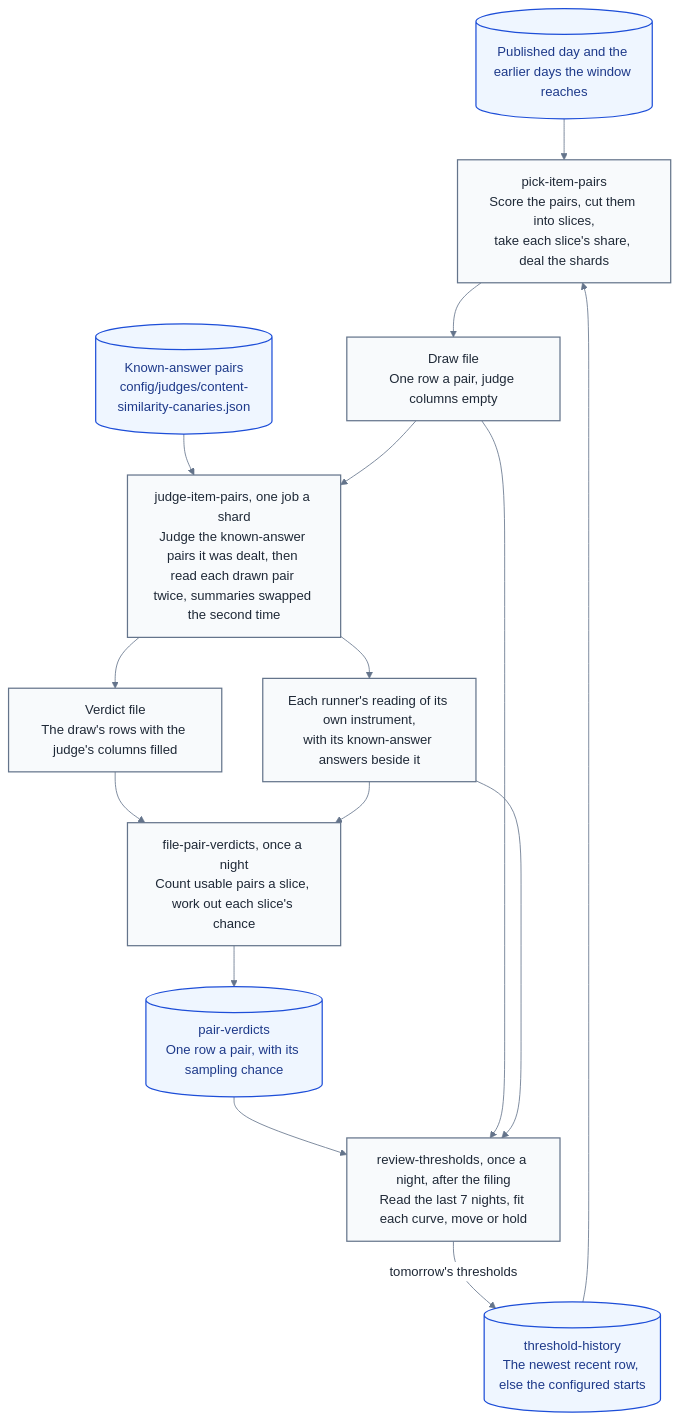
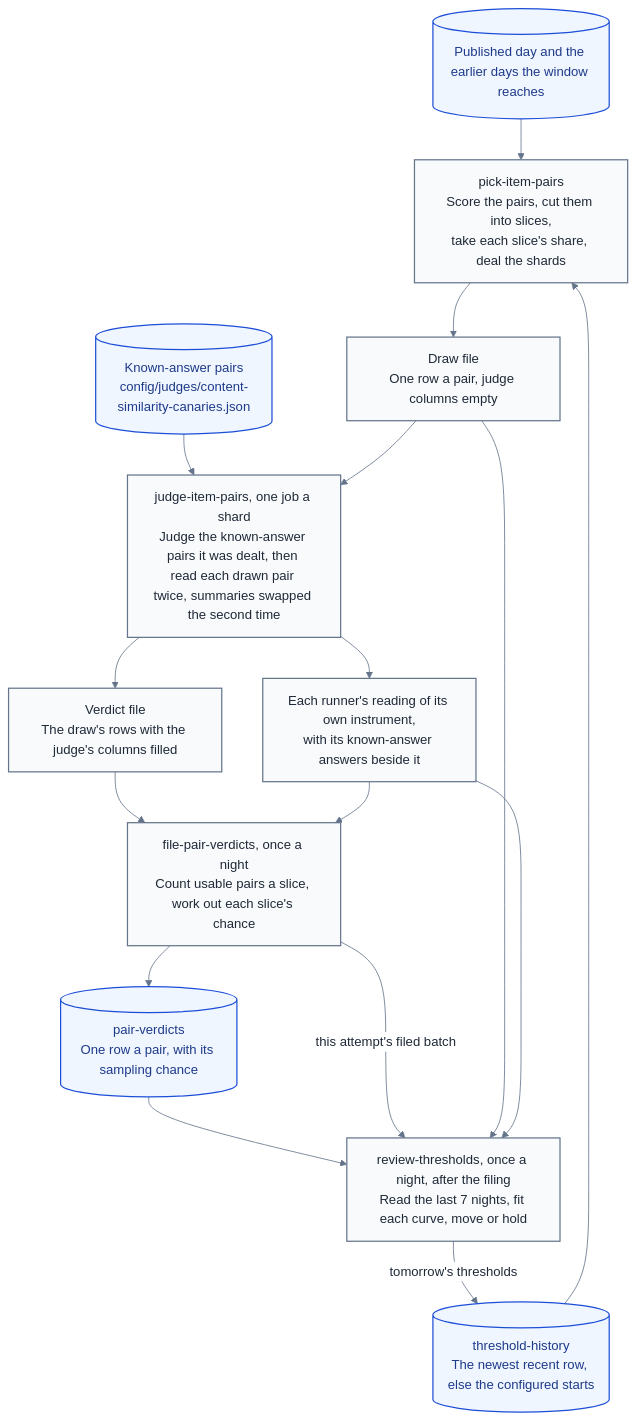
The diagram in docs/architecture/publishing/how-the-content-similarity-judge-follows-its-thresholds.md (miztiik/yen-idhazh), drawn with Mermaid before and after one commit. The commit also changed other lines of this file and 9 other files, not shown here.

````diff
--- a/docs/architecture/publishing/how-the-content-similarity-judge-follows-its-thresholds.md
+++ b/docs/architecture/publishing/how-the-content-similarity-judge-follows-its-thresholds.md
@@ -65,23 +65,24 @@
 ```mermaid
 %%{init: {"theme": "base", "themeVariables": {"fontFamily": "sans-serif", "primaryColor": "#f8fafc", "primaryTextColor": "#1f2937", "primaryBorderColor": "#64748b", "lineColor": "#64748b", "textColor": "#1f2937", "clusterBkg": "#f8fafc", "clusterBorder": "#94a3b8", "edgeLabelBackground": "#ffffff"}}}%%
 flowchart TD
   DAY[("Published day and the earlier days the window reaches")] --> PICK["pick-item-pairs<br/>Score the pairs, cut them into slices,<br/>take each slice's share, deal the shards"]
   HIST[("threshold-history<br/>The newest recent row, else the configured starts")] --> PICK
   PICK --> DRAW["Draw file<br/>One row a pair, judge columns empty"]
   KNOWN[("Known-answer pairs<br/>config/judges/content-similarity-canaries.json")] --> JUDGE
   DRAW --> JUDGE["judge-item-pairs, one job a shard<br/>Judge the known-answer pairs it was dealt, then read each drawn pair twice, summaries swapped the second time"]
   JUDGE --> VERDICTS["Verdict file<br/>The draw's rows with the judge's columns filled"]
   VERDICTS --> FILE["file-pair-verdicts, once a night<br/>Count usable pairs a slice, work out each slice's chance"]
   FILE --> LEDGER[("pair-verdicts<br/>One row a pair, with its sampling chance")]
   JUDGE --> READING["Each runner's reading of its own instrument,<br/>with its known-answer answers beside it"]
   READING --> FILE
   LEDGER --> REVIEW["review-thresholds, once a night, after the filing<br/>Read the last 7 nights, fit each curve, move or hold"]
+  FILE -->|"this attempt's filed batch"| REVIEW
   DRAW --> REVIEW
   READING --> REVIEW
   REVIEW -->|"tomorrow's thresholds"| HIST
 
   classDef stage fill:#f8fafc,stroke:#64748b,stroke-width:1.5px,color:#1f2937;
   classDef ledger fill:#eff6ff,stroke:#1d4ed8,stroke-width:1.5px,color:#1e3a8a;
   class PICK,JUDGE,FILE,REVIEW,DRAW,VERDICTS,READING stage;
   class DAY,HIST,LEDGER,KNOWN ledger;
 ```
````
